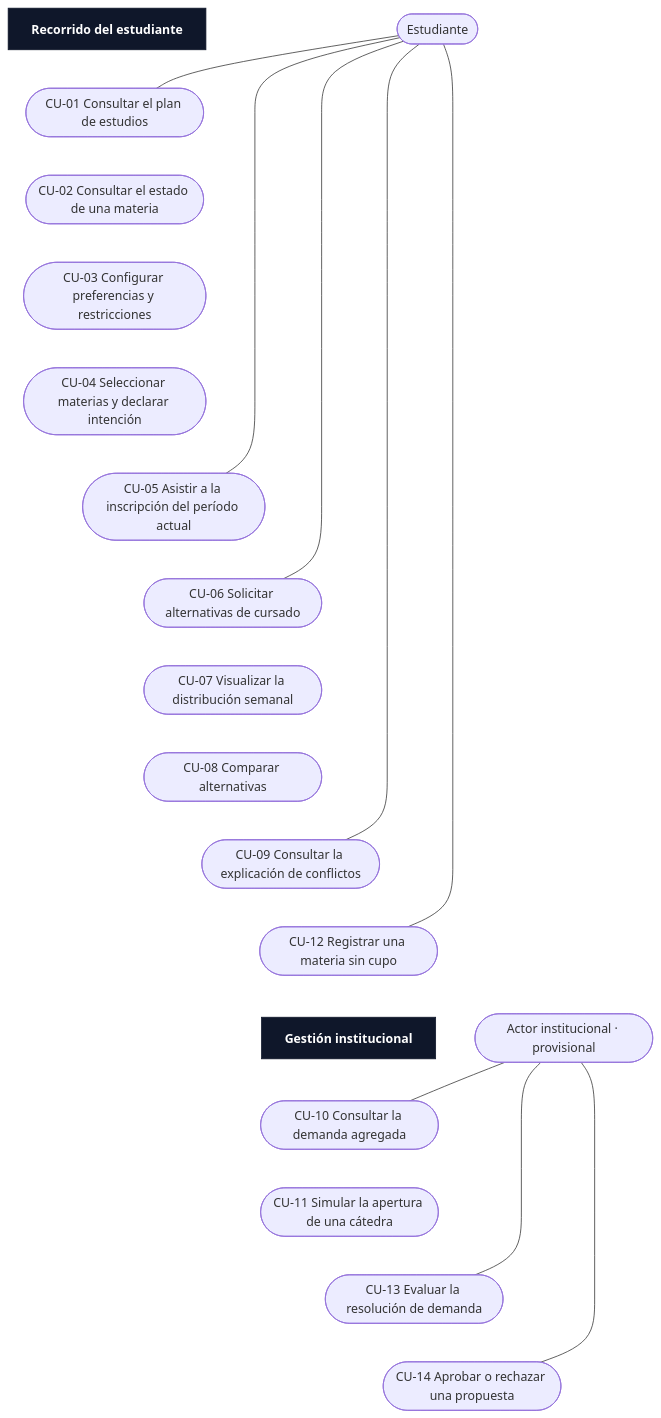
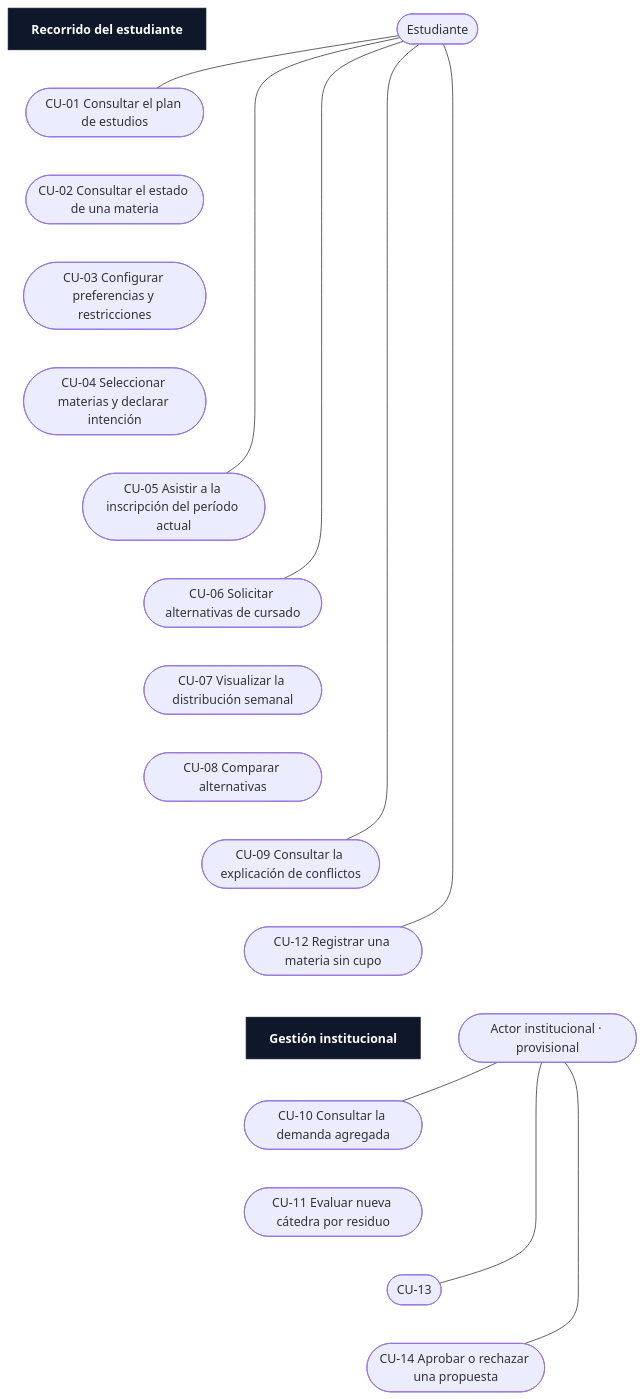
The diagram in documento/figuras/figura-2-casos-de-uso.mmd (FacuDemarchi/tesis-facundo-demarchi), drawn with Mermaid before and after one commit. The commit also changed 4 other files, not shown here.

Commit message:
docs(thesis): clarify CU-13 in use-case figure

```diff
--- a/documento/figuras/figura-2-casos-de-uso.mmd
+++ b/documento/figuras/figura-2-casos-de-uso.mmd
@@ -1,31 +1,31 @@
 flowchart TB
   E(["Estudiante"])
   I(["Actor institucional · provisional"])
   T1["Recorrido del estudiante"]
   U1(["CU-01 Consultar el plan de estudios"])
   U2(["CU-02 Consultar el estado de una materia"])
   U3(["CU-03 Configurar preferencias y restricciones"])
   U4(["CU-04 Seleccionar materias y declarar intención"])
   U5(["CU-05 Asistir a la inscripción del período actual"])
   U6(["CU-06 Solicitar alternativas de cursado"])
   U7(["CU-07 Visualizar la distribución semanal"])
   U8(["CU-08 Comparar alternativas"])
   U9(["CU-09 Consultar la explicación de conflictos"])
   U12(["CU-12 Registrar una materia sin cupo"])
   T2["Gestión institucional"]
   U10(["CU-10 Consultar la demanda agregada"])
-  U11(["CU-11 Simular la apertura de una cátedra"])
-  U13(["CU-13 Evaluar la resolución de demanda"])
+  U11(["CU-11 Evaluar nueva cátedra por residuo"])
+  U13(["CU-13"])
   U14(["CU-14 Aprobar o rechazar una propuesta"])
   T1 ~~~ U1 ~~~ U2 ~~~ U3 ~~~ U4 ~~~ U5 ~~~ U6 ~~~ U7 ~~~ U8 ~~~ U9 ~~~ U12 ~~~ T2
   T2 ~~~ U10 ~~~ U11 ~~~ U13 ~~~ U14
   E --- U1
   E --- U5
   E --- U6
   E --- U9
   E --- U12
   I --- U10
   I --- U13
   I --- U14
   classDef grp fill:#0f172a,stroke:#0f172a,color:#ffffff,font-weight:bold
   class T1,T2 grp
```
